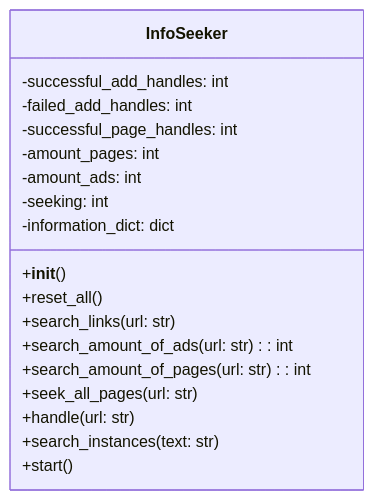
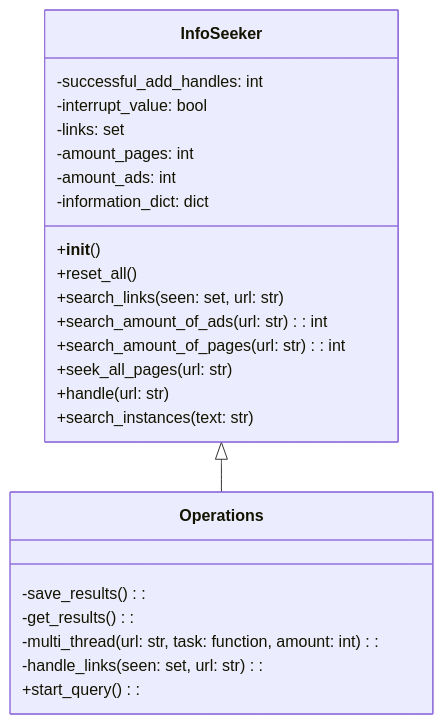
One commit to pakkanep/ot-harjoitustyo changed the diagram in Dokumentaatio/arkkitehtuuri.md. Above: the diagram before and after it, drawn with Mermaid.

````diff
--- a/Dokumentaatio/arkkitehtuuri.md
+++ b/Dokumentaatio/arkkitehtuuri.md
@@ -2,21 +2,29 @@
 ```mermaid
 classDiagram
     class InfoSeeker{
         -successful_add_handles: int
-        -failed_add_handles: int
-        -successful_page_handles: int
+        -interrupt_value: bool
+        -links: set
         -amount_pages: int
         -amount_ads: int
-        -seeking: int
         -information_dict: dict
         +__init__()
         +reset_all()
-        +search_links(url: str)
+        +search_links(seen: set, url: str)
         +search_amount_of_ads(url: str): int
         +search_amount_of_pages(url: str): int
         +seek_all_pages(url: str)
         +handle(url: str)
         +search_instances(text: str)
-        +start()
     }
+    class Operations{
+        -save_results():
+        -get_results():
+        -multi_thread(url: str, task: function, amount: int):
+        -handle_links(seen: set, url: str):
+        +start_query():
+    }
+
+    InfoSeeker <|-- Operations
+    
 ```
````
